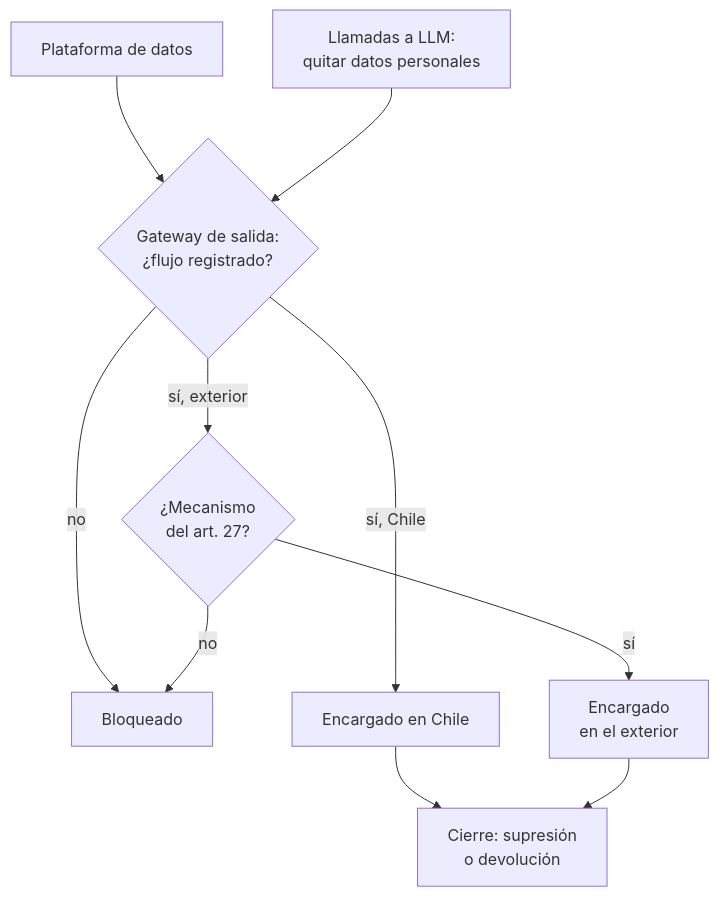
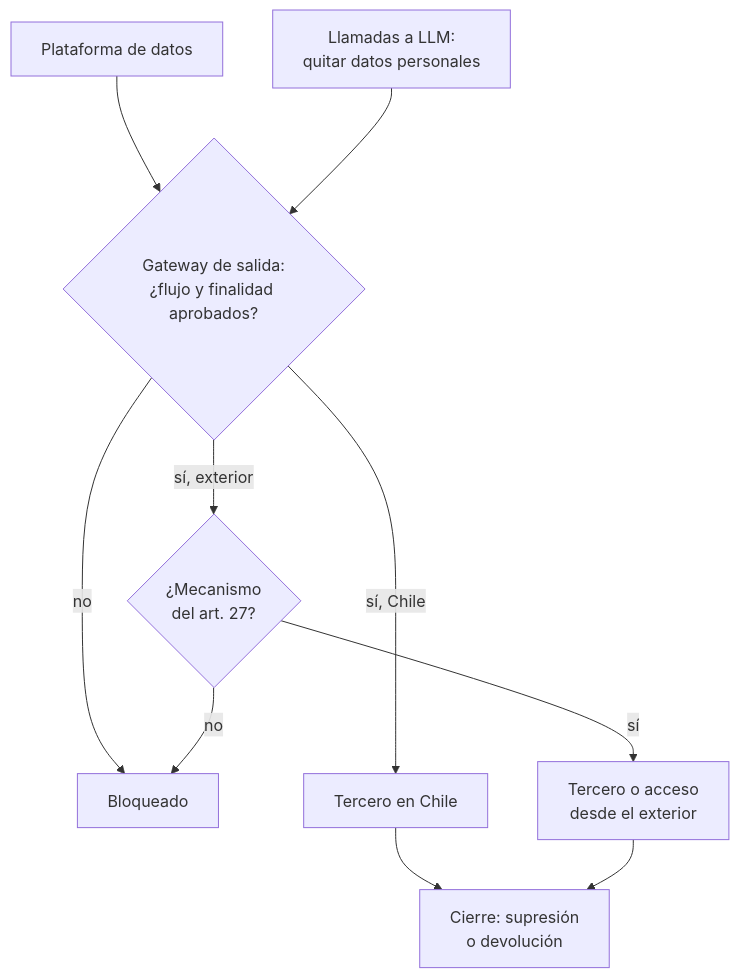
One commit to fcp4891/de-knowledge-hub changed the diagram in content/concepts/processors-and-international-transfers.md. Above: the diagram before and after it, drawn with Mermaid. The commit also changed other lines of this file and 1 other file, not shown here.

````diff
--- a/content/concepts/processors-and-international-transfers.md
+++ b/content/concepts/processors-and-international-transfers.md
@@ -132,12 +162,11 @@
 ```mermaid
 flowchart TB
-  P["Plataforma de datos"] --> GW{"Gateway de salida:<br/>¿flujo registrado?"}
+  P["Plataforma de datos"] --> GW{"Gateway de salida:<br/>¿flujo y finalidad aprobados?"}
   LLM["Llamadas a LLM:<br/>quitar datos personales"] --> GW
   GW -- "no" --> X["Bloqueado"]
-  GW -- "sí, Chile" --> C["Encargado en Chile"]
+  GW -- "sí, Chile" --> C["Tercero en Chile"]
   GW -- "sí, exterior" --> M{"¿Mecanismo<br/>del art. 27?"}
-  M -- "sí" --> E["Encargado<br/>en el exterior"]
+  M -- "sí" --> E["Tercero o acceso<br/>desde el exterior"]
   M -- "no" --> X
-  C --> F["Cierre: supresión<br/>o devolución"]
-  E --> F
+  C & E --> F["Cierre: supresión<br/>o devolución"]
 ```
````
